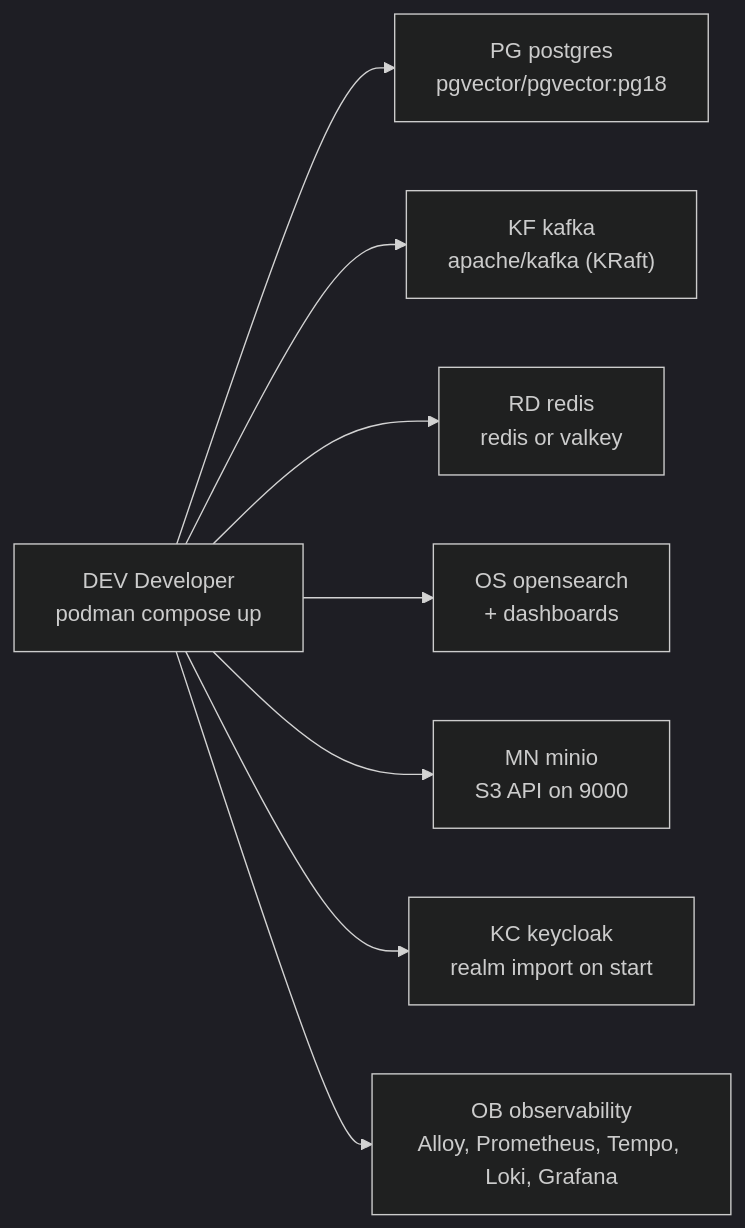
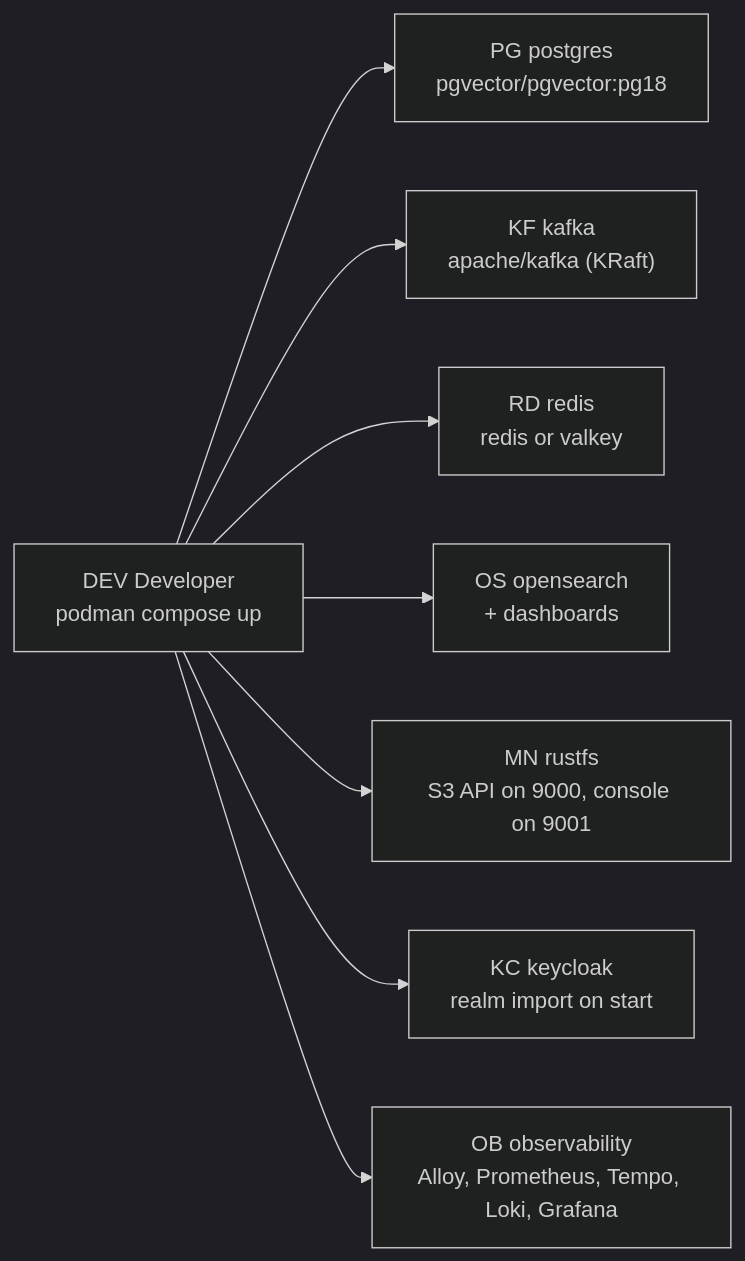
Before and after one commit to duynvh/udemy-platform: the seventh of 8 diagrams in docs/architecture.md, drawn with Mermaid (dark theme). The commit also changed other lines of this file and 13 other files, not shown here.

````diff
--- a/docs/architecture.md
+++ b/docs/architecture.md
@@ -956,10 +956,10 @@
 ```mermaid
 flowchart LR
     DEV["DEV Developer<br/>podman compose up"] --> PG["PG postgres<br/>pgvector/pgvector:pg18"]
     DEV --> KF["KF kafka<br/>apache/kafka (KRaft)"]
     DEV --> RD["RD redis<br/>redis or valkey"]
     DEV --> OS["OS opensearch<br/>+ dashboards"]
-    DEV --> MN["MN minio<br/>S3 API on 9000"]
+    DEV --> MN["MN rustfs<br/>S3 API on 9000, console on 9001"]
     DEV --> KC["KC keycloak<br/>realm import on start"]
     DEV --> OB["OB observability<br/>Alloy, Prometheus, Tempo, Loki, Grafana"]
 ```
````
